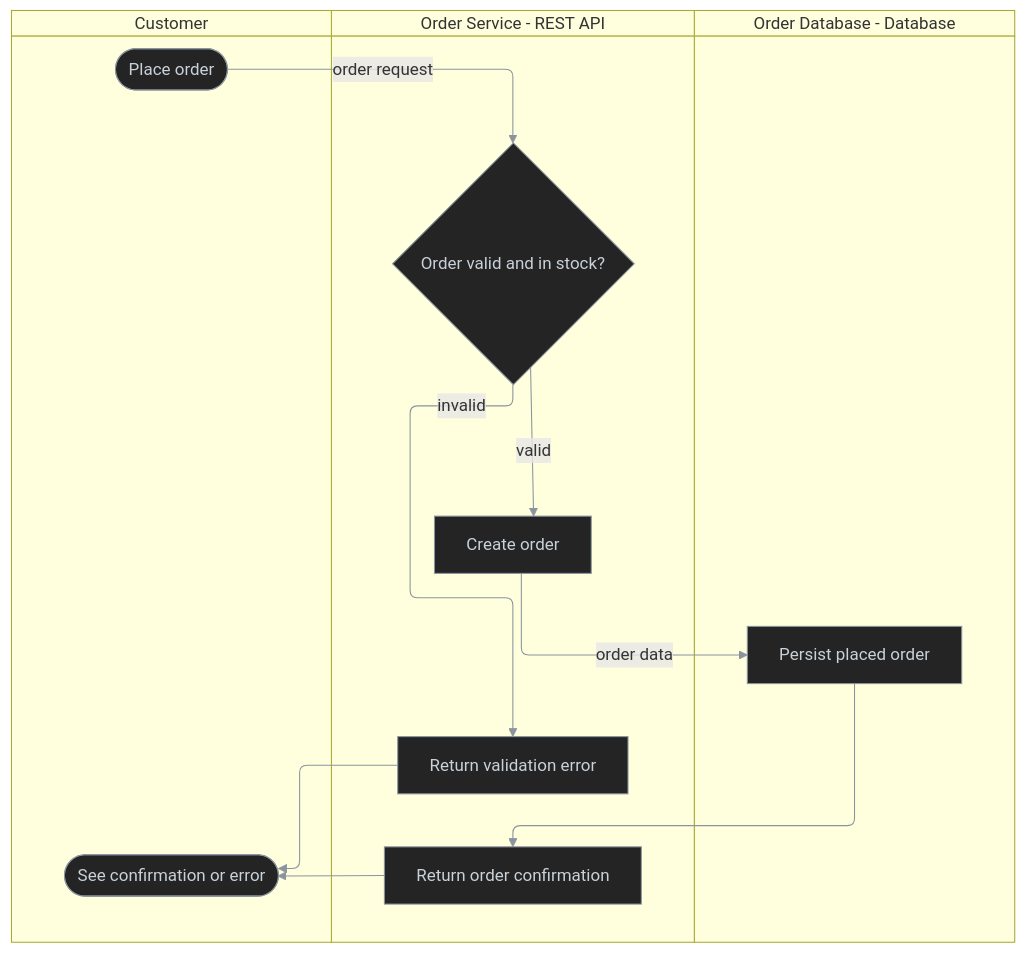
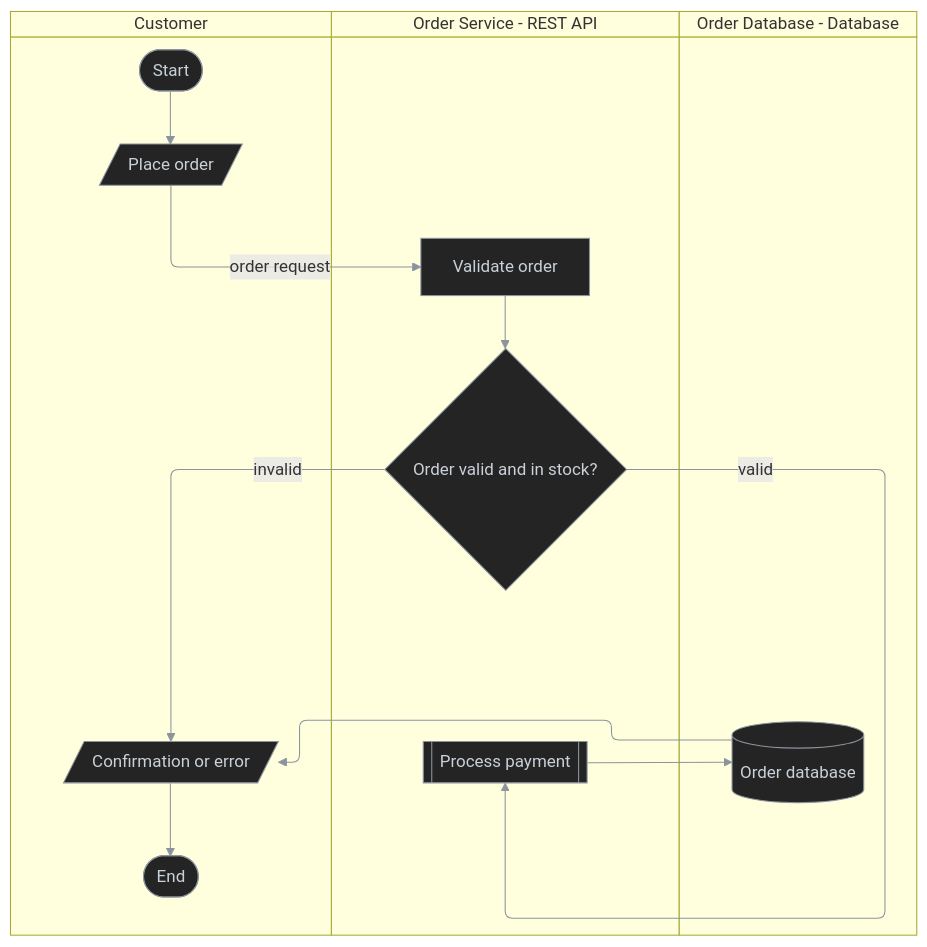
The fourth of 8 diagrams in plugins/wf/skills/behavior-diagram/README.md (antshc/brain), drawn with Mermaid before and after one commit. The commit also changed other lines of this file, not shown here.

Commit message:
Extend behavior diagram examples and prompts

````diff
--- a/plugins/wf/skills/behavior-diagram/README.md
+++ b/plugins/wf/skills/behavior-diagram/README.md
@@ -61,32 +99,29 @@
 ```mermaid
 %%{init: {'themeVariables': {'lineColor': '#8b949e'}}}%%
 swimlane-beta TB
   accTitle: Order fulfillment ownership
-  accDescr: Shows responsibility moving from the customer to the order API and order database.
+  accDescr: Shows responsibility moving from the customer to the order service and order database.
 
   subgraph customer [Customer]
-    submit([Place order])
-    showResult([See confirmation or error])
+    start([Start])
+    submit[/Place order/]
+    result[/Confirmation or error/]
+    endNode([End])
   end
 
   subgraph restApi [Order Service - REST API]
-    validate{Order valid and in stock?}
-    createOrder[Create order]
-    respondOk[Return order confirmation]
-    respondError[Return validation error]
+    validate[Validate order]
+    valid{Order valid and in stock?}
+    payment[[Process payment]]
   end
 
   subgraph database [Order Database - Database]
-    persistOrder[Persist placed order]
+    persistOrder[(Order database)]
   end
 
-  submit -->|order request| validate
-  validate -->|invalid| respondError
-  validate -->|valid| createOrder
-  respondError --> showResult
-  createOrder -->|order data| persistOrder
-  persistOrder --> respondOk
-  respondOk --> showResult
+  start --> submit -->|order request| validate --> valid
+  valid -->|invalid| result
+  valid -->|valid| payment --> persistOrder --> result --> endNode
 
   classDef default fill:#242424,stroke:#8b949e,color:#c9d1d9,stroke-width:1px
 ```
````
